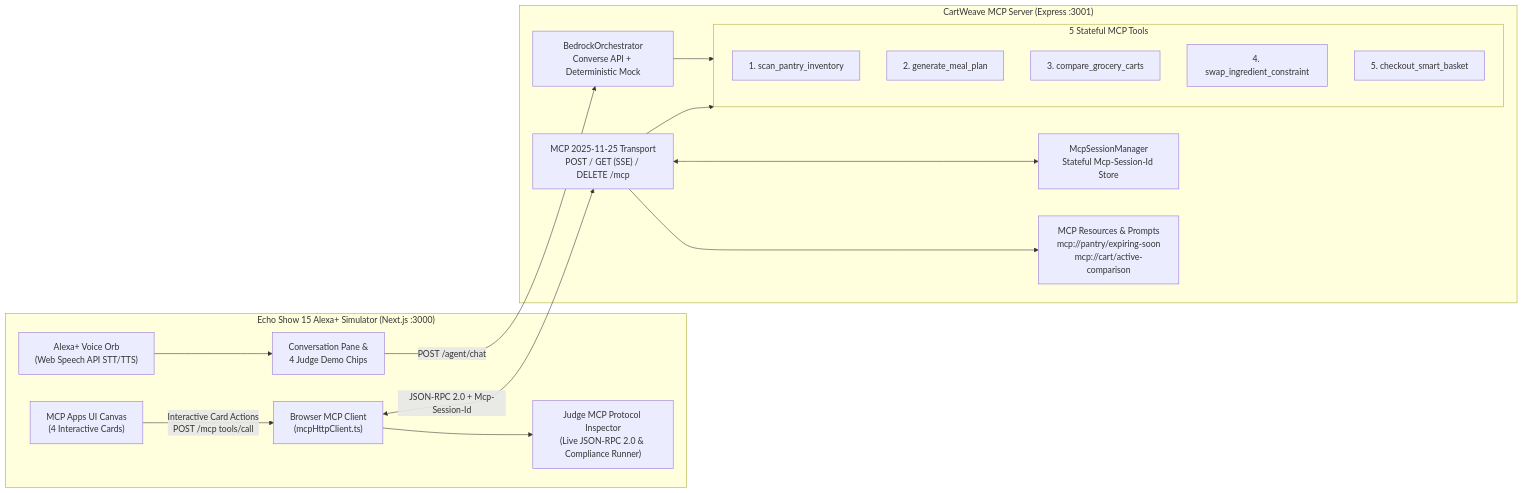
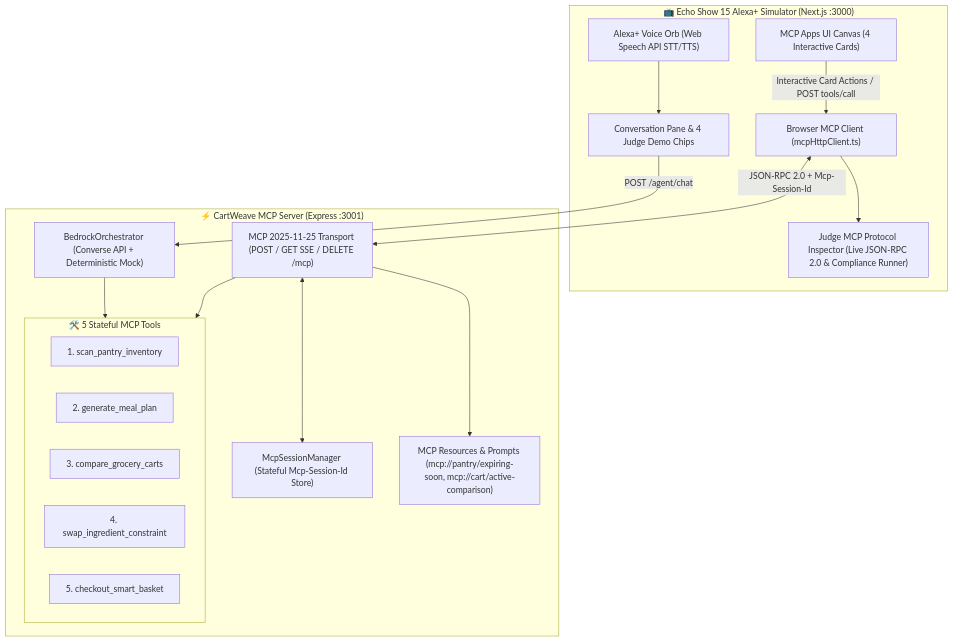
One commit to harinarayana1457-cmyk/CartWeave changed the diagram in README.md. Above: the diagram before and after it, drawn with Mermaid. The commit also changed other lines of this file, not shown here.

Commit message:
docs: modernize CartWeave README with badges, system architecture diagram, and author connect section

````diff
--- a/README.md
+++ b/README.md
@@ -32,34 +73,36 @@
 ```mermaid
-flowchart LR
-    subgraph EchoShow15["Echo Show 15 Alexa+ Simulator (Next.js :3000)"]
-        VoiceOrb["Alexa+ Voice Orb\n(Web Speech API STT/TTS)"]
-        ConvPane["Conversation Pane &\n4 Judge Demo Chips"]
-        McpClient["Browser MCP Client\n(mcpHttpClient.ts)"]
-        AppsCanvas["MCP Apps UI Canvas\n(4 Interactive Cards)"]
-        Inspector["Judge MCP Protocol Inspector\n(Live JSON-RPC 2.0 & Compliance Runner)"]
+flowchart TD
+    subgraph SIMULATOR ["📺 Echo Show 15 Alexa+ Simulator (Next.js :3000)"]
+        VoiceOrb["Alexa+ Voice Orb (Web Speech API STT/TTS)"]
+        ConvPane["Conversation Pane & 4 Judge Demo Chips"]
+        McpClient["Browser MCP Client (mcpHttpClient.ts)"]
+        AppsCanvas["MCP Apps UI Canvas (4 Interactive Cards)"]
+        Inspector["Judge MCP Protocol Inspector (Live JSON-RPC 2.0 & Compliance Runner)"]
     end
 
-    subgraph McpServer["CartWeave MCP Server (Express :3001)"]
-        StreamHttp["MCP 2025-11-25 Transport\nPOST / GET (SSE) / DELETE /mcp"]
-        SessionMgr["McpSessionManager\nStateful Mcp-Session-Id Store"]
-        BedrockOrch["BedrockOrchestrator\nConverse API + Deterministic Mock"]
-        subgraph Tools["5 Stateful MCP Tools"]
+    subgraph SERVER ["⚡ CartWeave MCP Server (Express :3001)"]
+        StreamHttp["MCP 2025-11-25 Transport (POST / GET SSE / DELETE /mcp)"]
+        SessionMgr["McpSessionManager (Stateful Mcp-Session-Id Store)"]
+        BedrockOrch["BedrockOrchestrator (Converse API + Deterministic Mock)"]
+        
+        subgraph TOOLS ["🛠️ 5 Stateful MCP Tools"]
             T1["1. scan_pantry_inventory"]
             T2["2. generate_meal_plan"]
             T3["3. compare_grocery_carts"]
             T4["4. swap_ingredient_constraint"]
             T5["5. checkout_smart_basket"]
         end
-        Resources["MCP Resources & Prompts\nmcp://pantry/expiring-soon\nmcp://cart/active-comparison"]
+        
+        Resources["MCP Resources & Prompts (mcp://pantry/expiring-soon, mcp://cart/active-comparison)"]
     end
 
     VoiceOrb --> ConvPane
     ConvPane -->|POST /agent/chat| BedrockOrch
-    AppsCanvas -->|Interactive Card Actions\nPOST /mcp tools/call| McpClient
+    AppsCanvas -->|Interactive Card Actions / POST tools/call| McpClient
     McpClient <-->|JSON-RPC 2.0 + Mcp-Session-Id| StreamHttp
     StreamHttp <--> SessionMgr
-    BedrockOrch --> Tools
-    StreamHttp --> Tools
+    BedrockOrch --> TOOLS
+    StreamHttp --> TOOLS
     StreamHttp --> Resources
     McpClient --> Inspector
 ```
````
